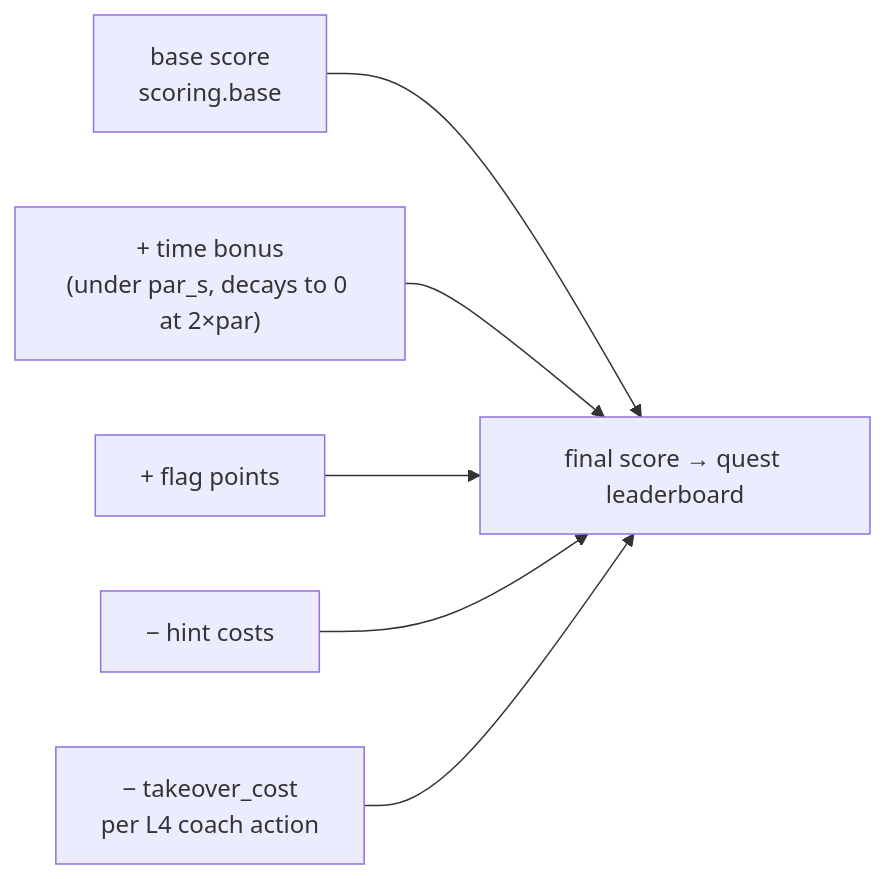
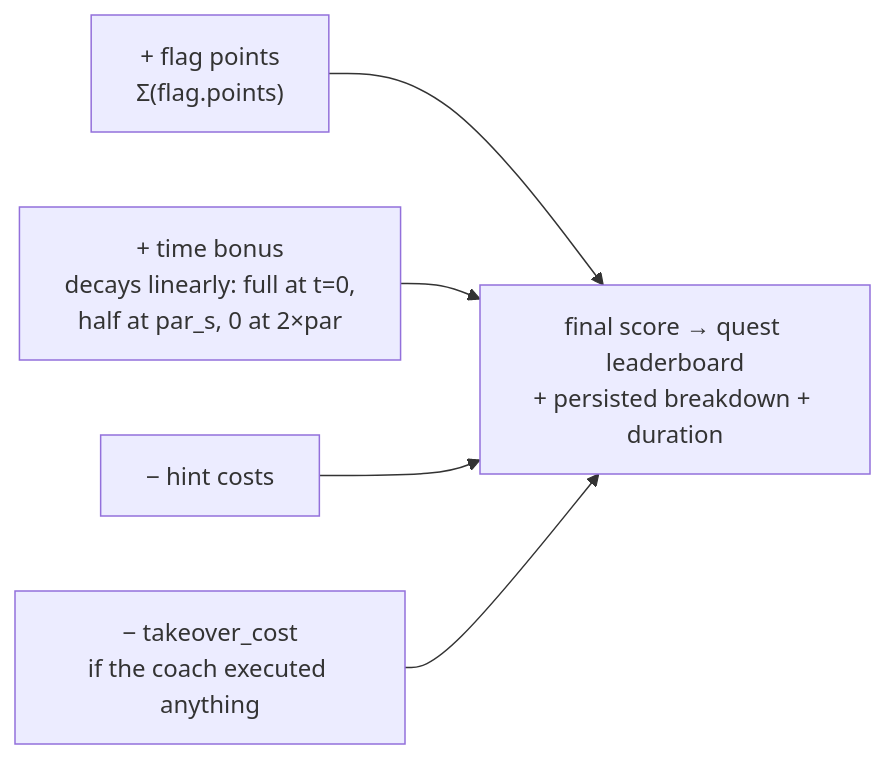
The second of 2 diagrams in docs/tracks.md (maxk2222/pentrAIn), drawn with Mermaid before and after one commit. The commit also changed other lines of this file and 5 other files, not shown here.

First line of the commit message:
docs: sync README + reference with coach feeds, scoring, nordmarkt

````diff
--- a/docs/tracks.md
+++ b/docs/tracks.md
@@ -175,9 +175,8 @@
 ```mermaid
 flowchart LR
-    B["base score<br/>scoring.base"] --> S
-    TB["+ time bonus<br/>(under par_s, decays to 0 at 2×par)"] --> S
-    F["+ flag points"] --> S
+    F["+ flag points<br/>Σ(flag.points)"] --> S
+    TB["+ time bonus<br/>decays linearly: full at t=0,<br/>half at par_s, 0 at 2×par"] --> S
     H["− hint costs"] --> S
-    T["− takeover_cost<br/>per L4 coach action"] --> S
-    S["final score → quest leaderboard"]
+    T["− takeover_cost<br/>if the coach executed anything"] --> S
+    S["final score → quest leaderboard<br/>+ persisted breakdown + duration"]
 ```
````
